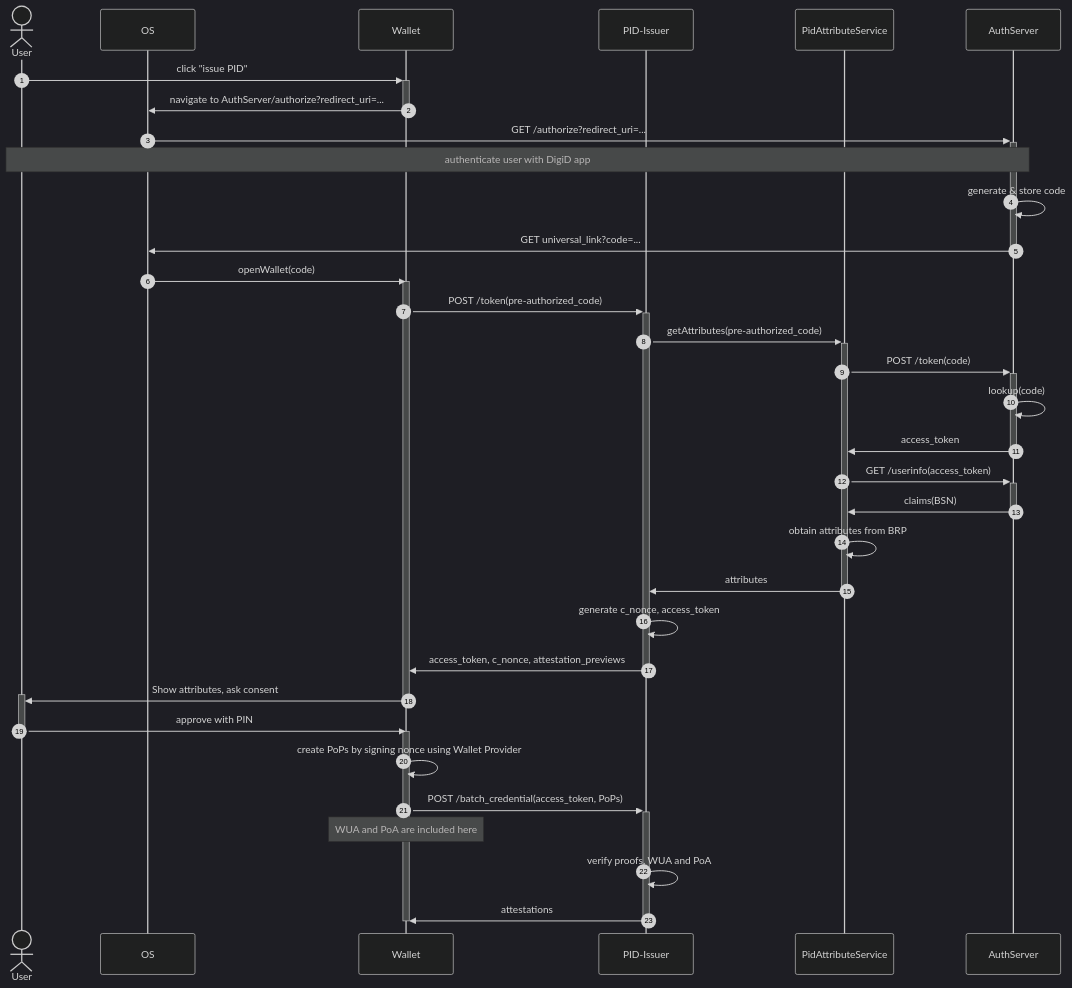
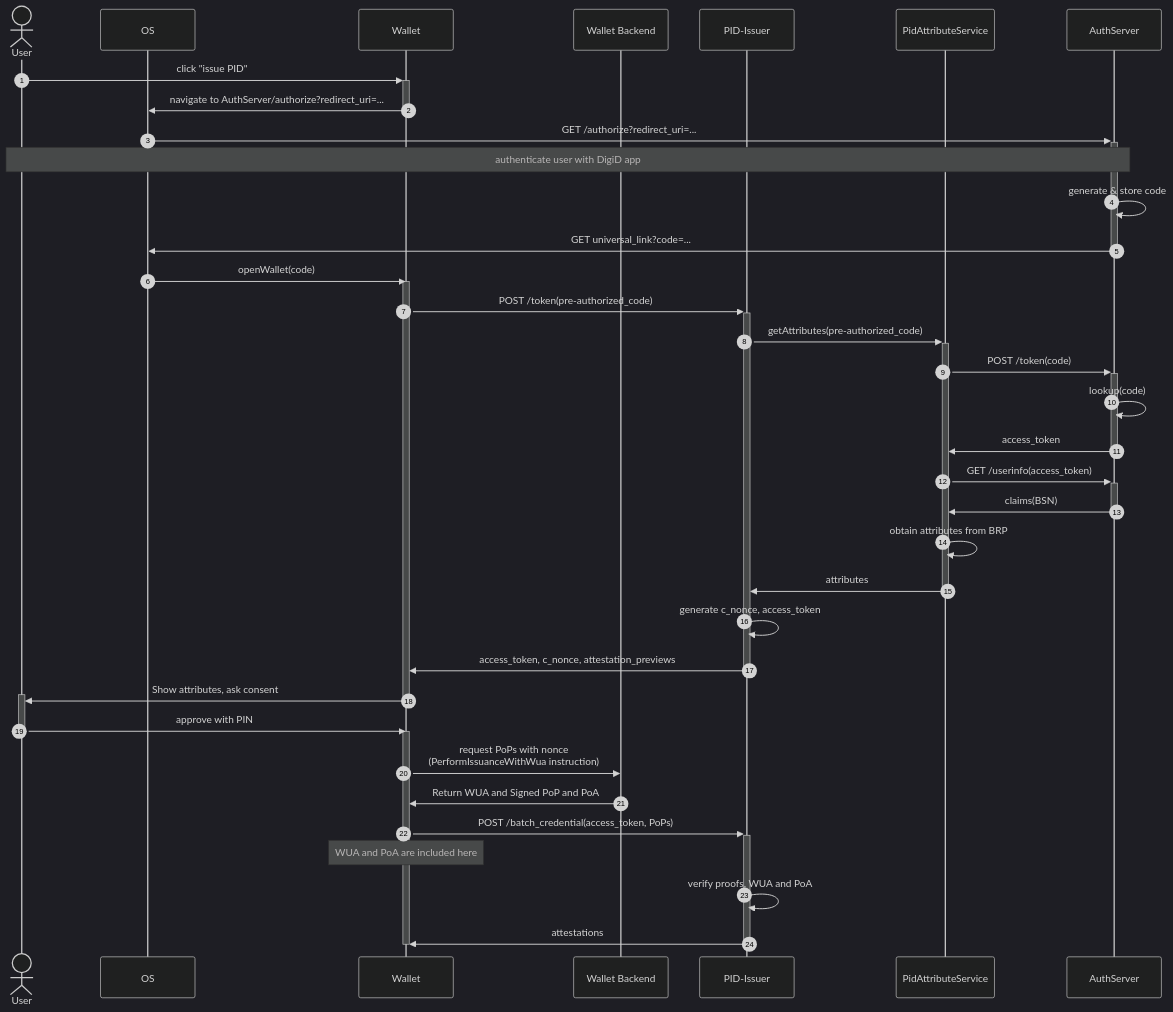
Before and after one commit to MinBZK/nl-wallet: the first of 2 diagrams in wallet_docs/architecture/use-cases/issuance-with-openid4vci.md, drawn with Mermaid (dark theme). The commit also changed 2 other files, not shown here.

Commit message:
add PIN recovery and PID renewal

````diff
--- a/wallet_docs/architecture/use-cases/issuance-with-openid4vci.md
+++ b/wallet_docs/architecture/use-cases/issuance-with-openid4vci.md
@@ -22,41 +22,43 @@
 ```{mermaid}
 sequenceDiagram
     autonumber
 
     actor User
     participant OS
     participant Wallet
+    participant WP as Wallet Backend
     participant WalletServer as PID-Issuer
     participant PidAttributeService
     participant AuthServer
 
     User->>+Wallet: click "issue PID"
     Wallet->>-OS: navigate to AuthServer/authorize?redirect_uri=...
     OS->>+AuthServer: GET /authorize?redirect_uri=...
     note over User, AuthServer: authenticate user with DigiD app
     AuthServer->>AuthServer: generate & store code
     AuthServer->>-OS: GET universal_link?code=...
     OS->>Wallet: openWallet(code)
     activate Wallet
         Wallet->>+WalletServer: POST /token(pre-authorized_code)
         WalletServer->>+PidAttributeService: getAttributes(pre-authorized_code)
         PidAttributeService->>+AuthServer: POST /token(code)
         AuthServer->>AuthServer: lookup(code)
         AuthServer->>-PidAttributeService: access_token
         PidAttributeService->>+AuthServer: GET /userinfo(access_token)
         AuthServer->>-PidAttributeService: claims(BSN)
         PidAttributeService->>PidAttributeService: obtain attributes from BRP
         PidAttributeService->>-WalletServer: attributes
         WalletServer->>WalletServer: generate c_nonce, access_token
         WalletServer->>-Wallet: access_token, c_nonce, attestation_previews
         Wallet->>+User: Show attributes, ask consent
     deactivate Wallet
     User->>-Wallet: approve with PIN
     activate Wallet
-        Wallet->>Wallet: create PoPs by signing nonce using Wallet Provider
+        Wallet ->> WP: request PoPs with nonce<br/>(PerformIssuanceWithWua instruction)
+        WP ->> Wallet: Return WUA and Signed PoP and PoA
         Wallet->>+WalletServer: POST /batch_credential(access_token, PoPs)
         note over Wallet: WUA and PoA are included here
         WalletServer->>WalletServer: verify proofs,  WUA and PoA
         WalletServer->>-Wallet: attestations
     deactivate Wallet
 ```
````
